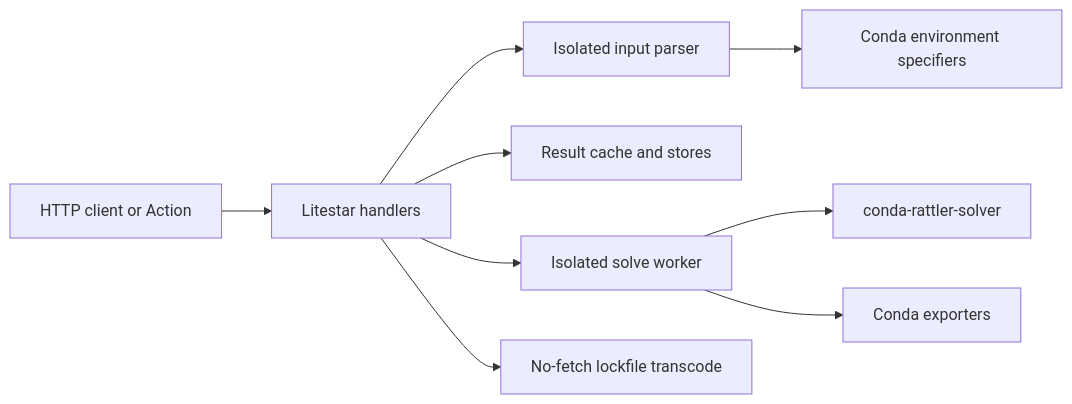
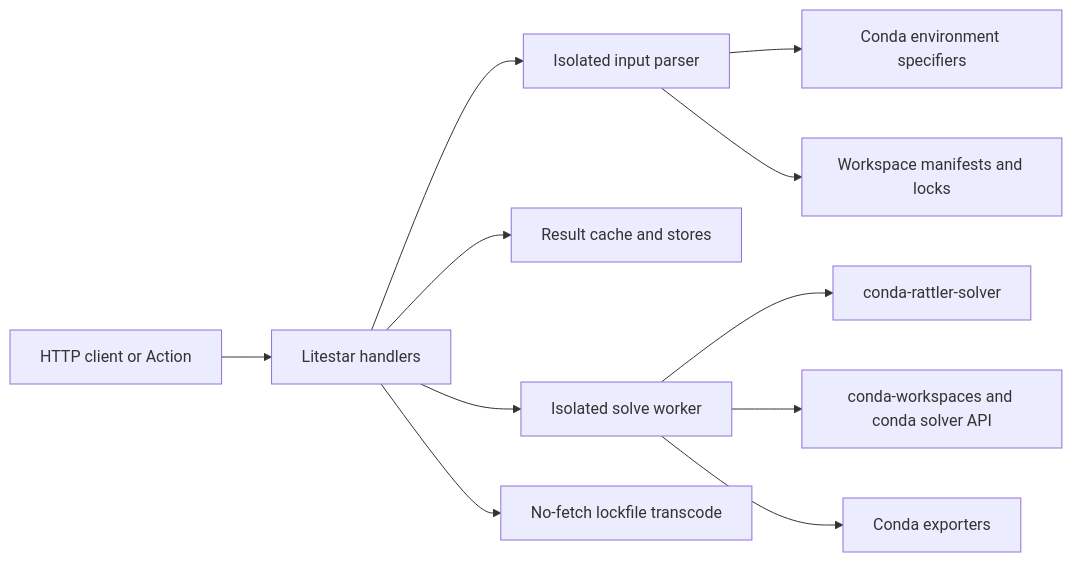
Before and after one commit to jezdez/conda-presto: the diagram in docs/explanation/architecture.md, drawn with Mermaid. The commit also changed other lines of this file and 93 other files, not shown here.

````diff
--- a/docs/explanation/architecture.md
+++ b/docs/explanation/architecture.md
@@ -5,11 +5,13 @@
 ```{mermaid}
 flowchart LR
     Client[HTTP client or Action] --> API[Litestar handlers]
     API --> Parser[Isolated input parser]
     Parser --> Specifiers[Conda environment specifiers]
+    Parser --> Workspace[Workspace manifests and locks]
     API --> Cache[Result cache and stores]
     API --> Worker[Isolated solve worker]
     Worker --> Solver[conda-rattler-solver]
+    Worker --> WorkspaceSolver[conda-workspaces and conda solver API]
     Worker --> Exporters[Conda exporters]
     API --> Transcode[No-fetch lockfile transcode]
 ```
````
